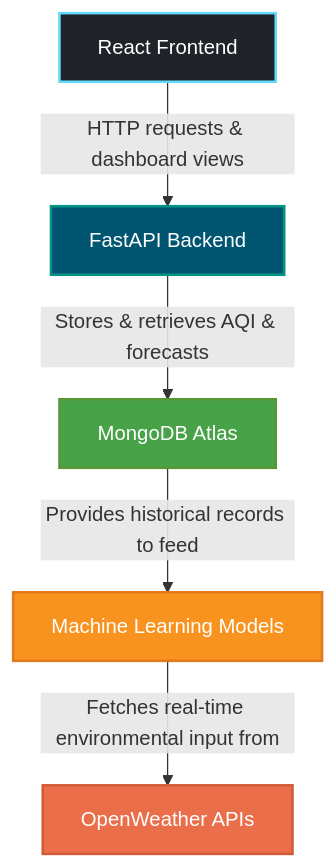
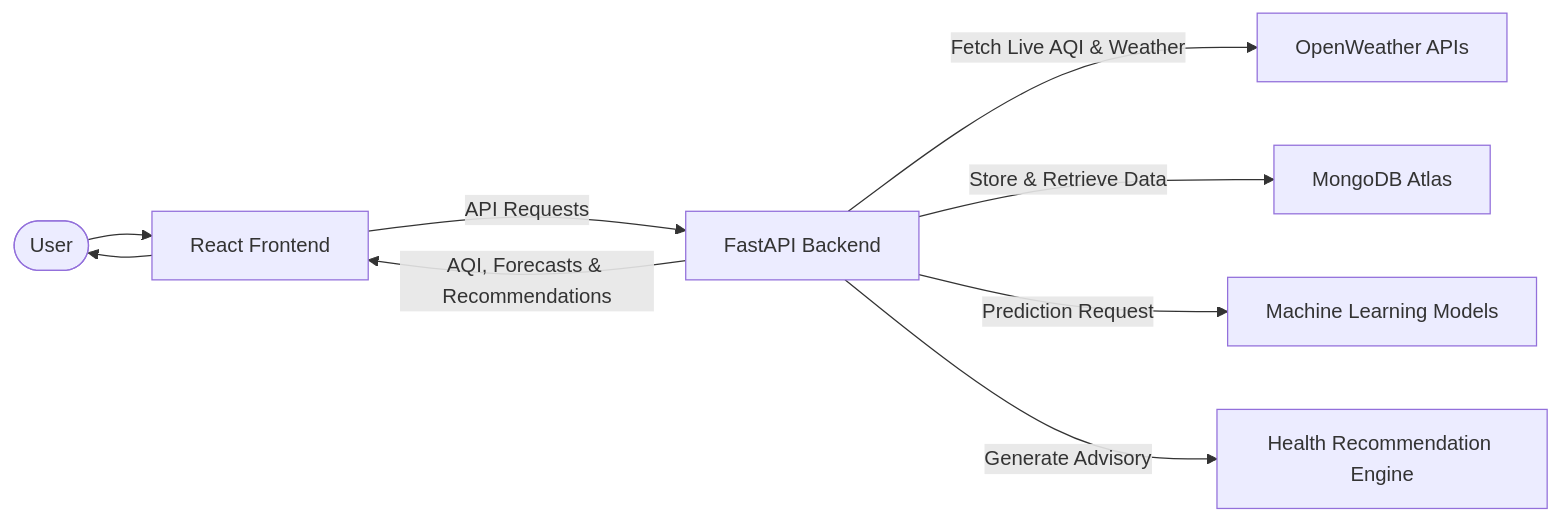
The diagram in README.md (ashrithakadarla/airmind-ai), drawn with Mermaid before and after one commit. The commit also changed other lines of this file and 11 other files, not shown here.

````diff
--- a/README.md
+++ b/README.md
@@ -49,14 +107,33 @@
 ```mermaid
-flowchart TD
-    React["React Frontend"]
-    -->|HTTP requests & dashboard views| FastAPI["FastAPI Backend"]
-    -->|Stores & retrieves AQI & forecasts| MongoDB["MongoDB Atlas"]
-    -->|Provides historical records to feed| ML["Machine Learning Models"]
-    -->|Fetches real-time environmental input from| OpenWeather["OpenWeather APIs"]
+flowchart LR
 
-    style React fill:#20232A,stroke:#61DAFB,stroke-width:2px,color:#fff
-    style FastAPI fill:#005571,stroke:#009485,stroke-width:2px,color:#fff
-    style MongoDB fill:#47A248,stroke:#589636,stroke-width:2px,color:#fff
-    style ML fill:#F7931E,stroke:#E07A1D,stroke-width:2px,color:#fff
-    style OpenWeather fill:#EB6E4B,stroke:#D15A37,stroke-width:2px,color:#fff
+    User([User])
+
+    FE["React Frontend"]
+
+    API["FastAPI Backend"]
+
+    OWM["OpenWeather APIs"]
+
+    DB["MongoDB Atlas"]
+
+    ML["Machine Learning Models"]
+
+    Health["Health Recommendation Engine"]
+
+    User --> FE
+
+    FE -->|API Requests| API
+
+    API -->|Fetch Live AQI & Weather| OWM
+
+    API -->|Store & Retrieve Data| DB
+
+    API -->|Prediction Request| ML
+
+    API -->|Generate Advisory| Health
+
+    API -->|AQI, Forecasts & Recommendations| FE
+
+    FE --> User
 ```
````
